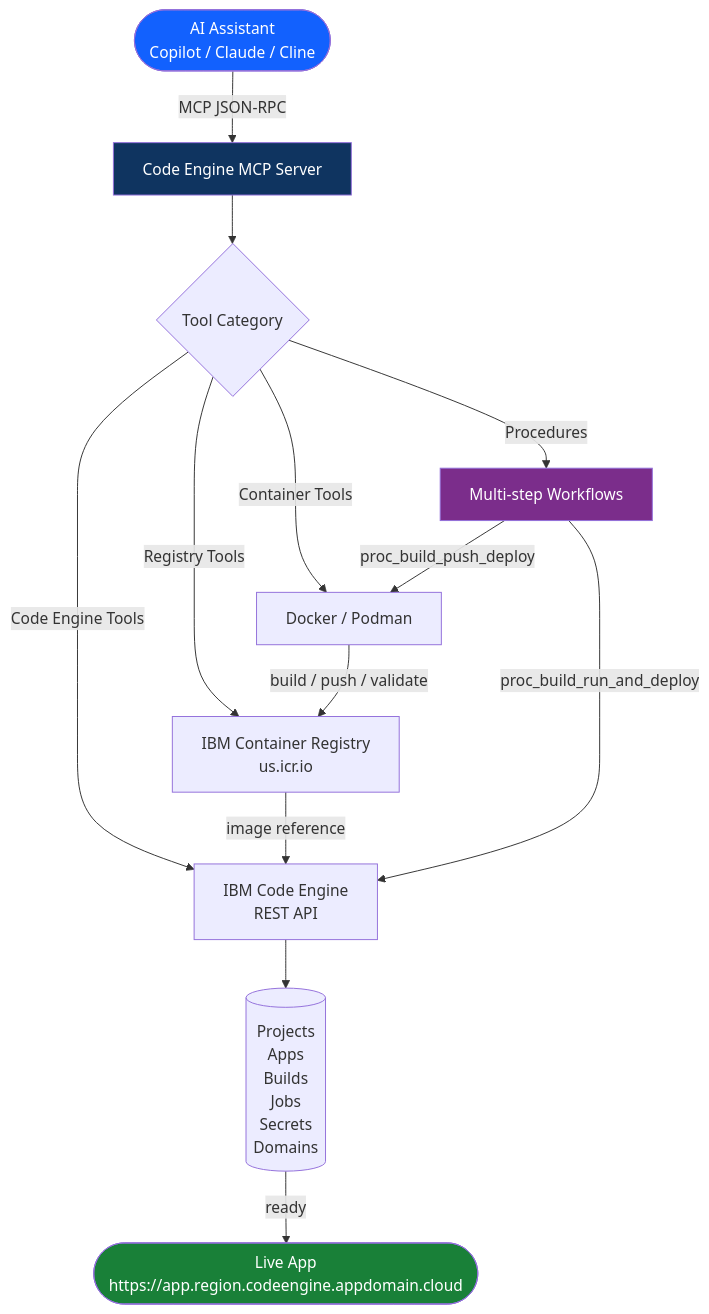
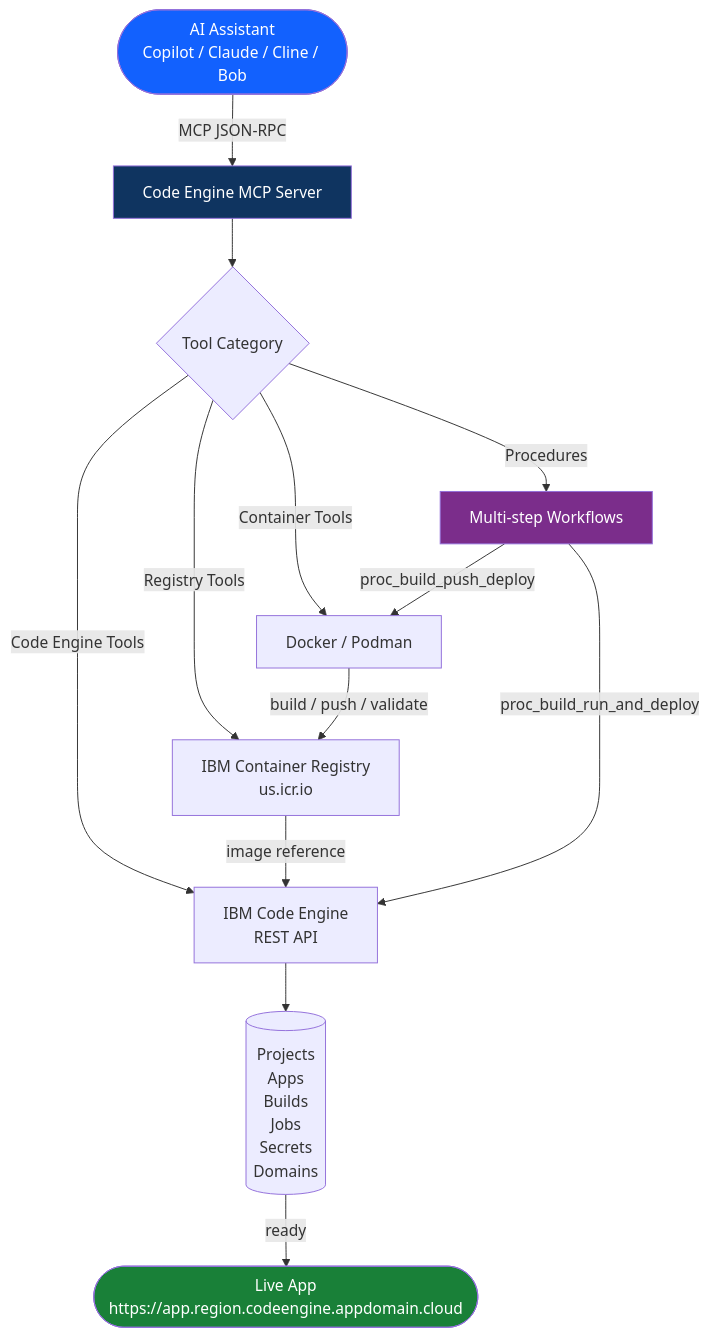
One commit to markusvankempen/code-engine-mcp-server changed the diagram in README.md. Above: the diagram before and after it, drawn with Mermaid. The commit also changed other lines of this file and 149 other files, not shown here.

````diff
--- a/README.md
+++ b/README.md
@@ -18,26 +32,26 @@
 ```mermaid
 flowchart TD
-    A([AI Assistant\nCopilot / Claude / Cline]) -->|MCP JSON-RPC| B[Code Engine MCP Server]
+    A([AI Assistant\nCopilot / Claude / Cline / Bob]) -->|MCP JSON-RPC| B[Code Engine MCP Server]
 
     B --> C{Tool Category}
 
     C -->|Container Tools| D[Docker / Podman]
     C -->|Registry Tools| E[IBM Container Registry\nus.icr.io]
     C -->|Code Engine Tools| F[IBM Code Engine\nREST API]
     C -->|Procedures| G[Multi-step Workflows]
 
     D -->|build / push / validate| E
     E -->|image reference| F
 
     G -->|proc_build_push_deploy| D
     G -->|proc_build_run_and_deploy| F
 
     F --> H[(Projects\nApps\nBuilds\nJobs\nSecrets\nDomains)]
 
     H -->|ready| I([Live App\nhttps://app.region.codeengine.appdomain.cloud])
 
     style A fill:#1261FE,color:#fff
     style B fill:#0f3460,color:#fff
     style G fill:#7b2d8b,color:#fff
     style I fill:#198038,color:#fff
 ```
````
